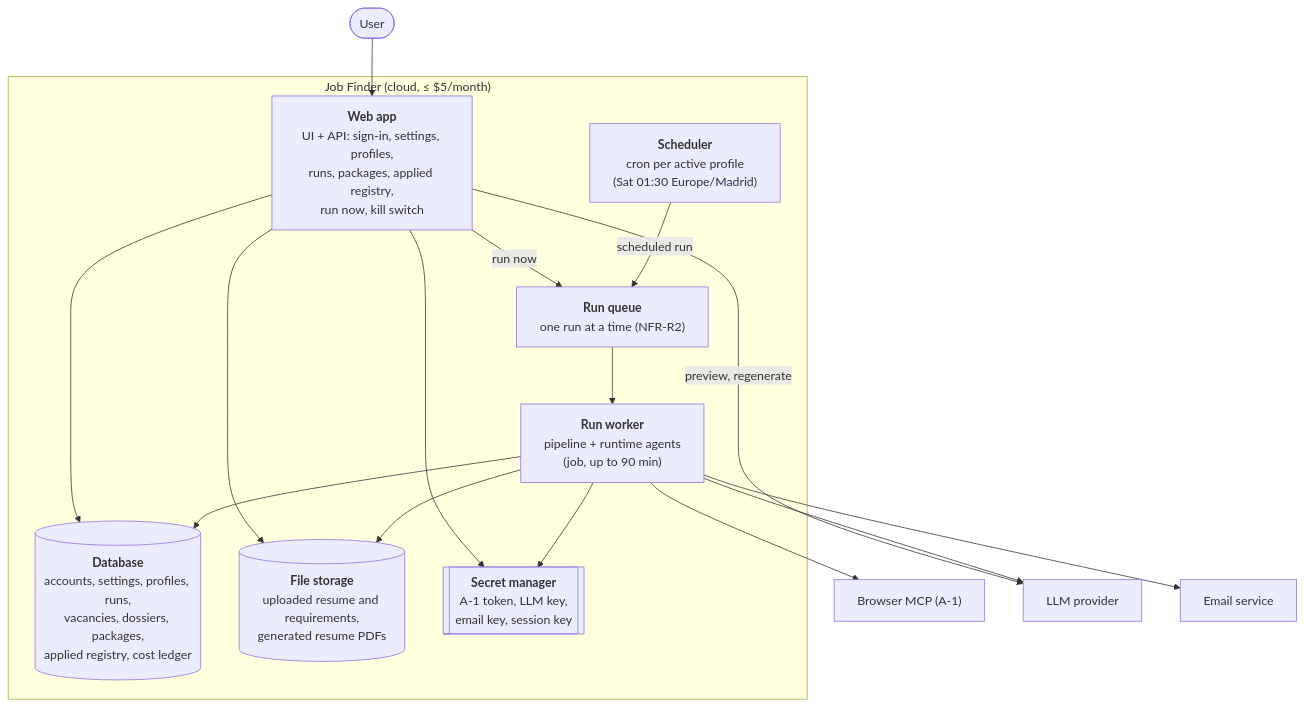
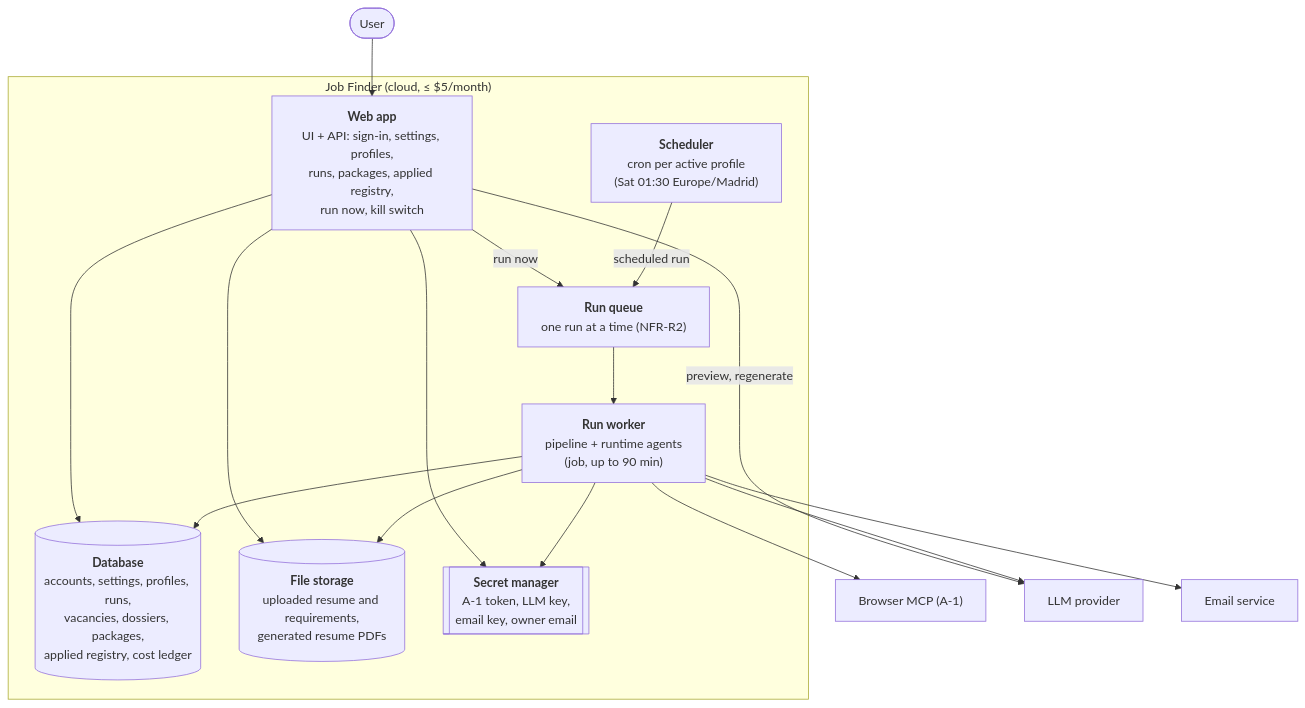
Before and after one commit to ArtemenkoAndrii/job-assistant: the second of 5 diagrams in docs/architecture.md, drawn with Mermaid. The commit also changed other lines of this file and 4 other files, not shown here.

````diff
--- a/docs/architecture.md
+++ b/docs/architecture.md
@@ -43,33 +43,33 @@
 ```mermaid
 flowchart TB
     user(["User"])
 
     subgraph cloud["Job Finder (cloud, ≤ $5/month)"]
         web["<b>Web app</b><br/>UI + API: sign-in, settings, profiles,<br/>runs, packages, applied registry,<br/>run now, kill switch"]
         sched["<b>Scheduler</b><br/>cron per active profile<br/>(Sat 01:30 Europe/Madrid)"]
         queue["<b>Run queue</b><br/>one run at a time (NFR-R2)"]
         worker["<b>Run worker</b><br/>pipeline + runtime agents<br/>(job, up to 90 min)"]
         db[("<b>Database</b><br/>accounts, settings, profiles, runs,<br/>vacancies, dossiers, packages,<br/>applied registry, cost ledger")]
         files[("<b>File storage</b><br/>uploaded resume and requirements,<br/>generated resume PDFs")]
-        secrets[["<b>Secret manager</b><br/>A-1 token, LLM key,<br/>email key, session key"]]
+        secrets[["<b>Secret manager</b><br/>A-1 token, LLM key,<br/>email key, owner email"]]
     end
 
     a1["Browser MCP (A-1)"]
     llm["LLM provider"]
     mail["Email service"]
 
     user --> web
     web --> db
     web --> files
     web --> secrets
     web -- "preview, regenerate" --> llm
     web -- "run now" --> queue
     sched -- "scheduled run" --> queue
     queue --> worker
     worker --> db
     worker --> files
     worker --> secrets
     worker --> a1
     worker --> llm
     worker --> mail
 ```
````
